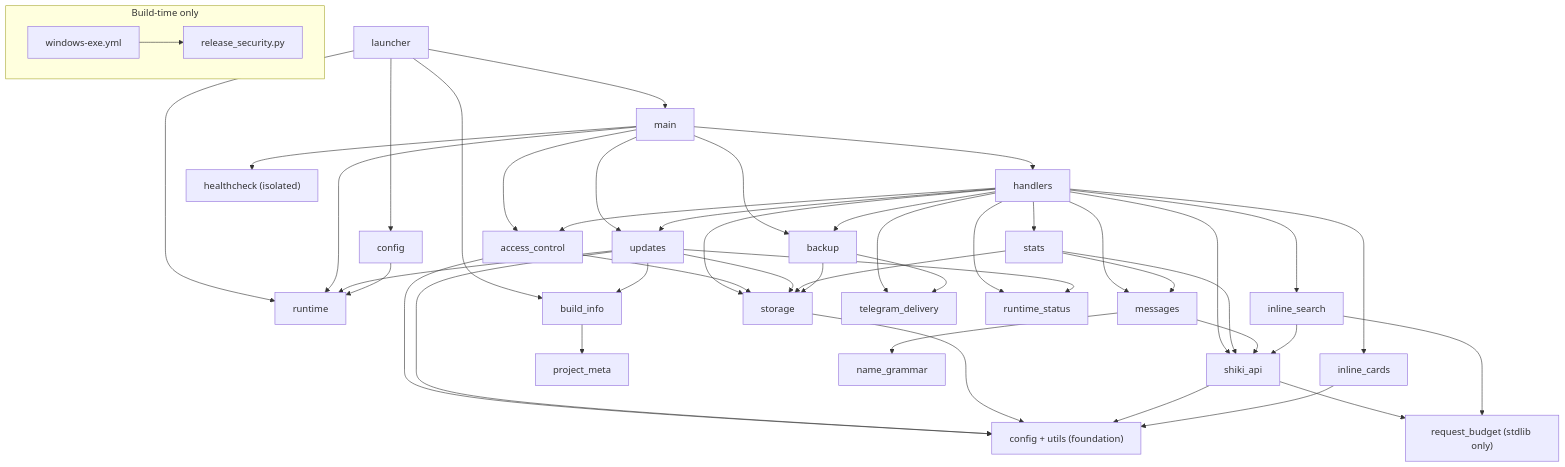
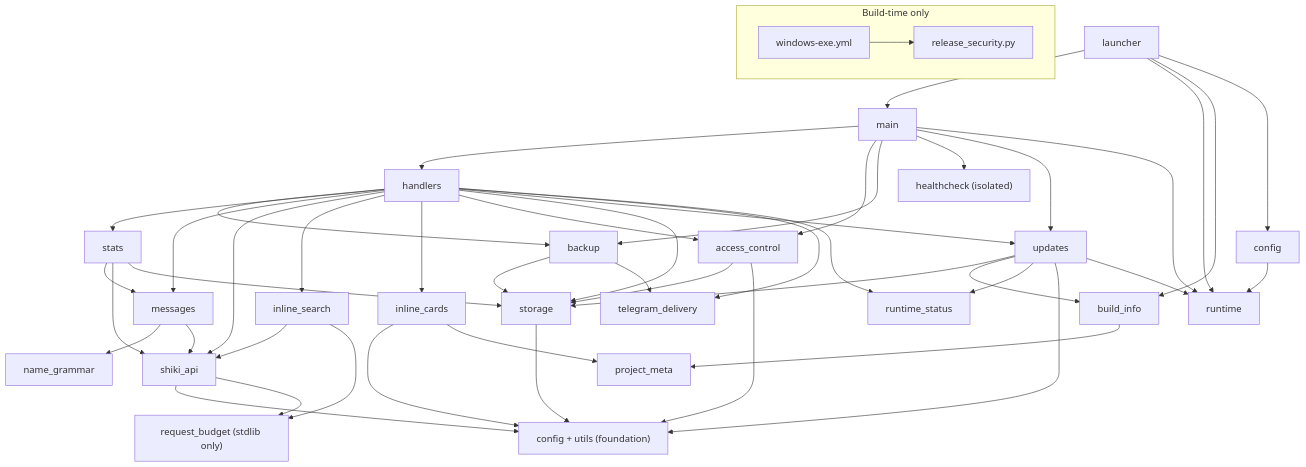
The diagram in ARCHITECTURE.md (WorgaNomoR/ShikiUpdatesBot), drawn with Mermaid before and after one commit. The commit also changed other lines of this file and 8 other files, not shown here.

First line of the commit message:
Preserve inline posters with a project sharing result

````diff
--- a/ARCHITECTURE.md
+++ b/ARCHITECTURE.md
@@ -42,51 +42,52 @@
 ```mermaid
 graph TD
     launcher --> main
     launcher --> runtime
     launcher --> build_info
     launcher --> config
     main --> handlers
     main --> access_control
     main --> backup
     main --> healthcheck
     main --> updates
     main --> runtime
     handlers --> backup
     handlers --> stats
     handlers --> messages
     handlers --> shiki_api
     handlers --> inline_search
     handlers --> inline_cards
     handlers --> access_control
     handlers --> storage
     access_control --> storage
     access_control --> base
     handlers --> updates
     handlers --> telegram_delivery
     handlers --> runtime_status
     updates --> storage
     updates --> build_info
     updates --> runtime_status
     build_info --> project_meta
     updates --> base
     updates --> runtime
     stats --> messages
     stats --> shiki_api
     stats --> storage
     messages --> name_grammar
     messages --> shiki_api
     backup --> storage
     backup --> telegram_delivery
     storage --> base["config + utils (foundation)"]
     shiki_api --> base
     shiki_api --> request_budget
     inline_search --> shiki_api
     inline_search --> request_budget
     inline_cards --> base
+    inline_cards --> project_meta
     request_budget["request_budget (stdlib only)"]
     config --> runtime
     healthcheck["healthcheck (isolated)"]
     subgraph build_time["Build-time only"]
         windows_workflow["windows-exe.yml"] --> release_security["release_security.py"]
     end
 ```
````
